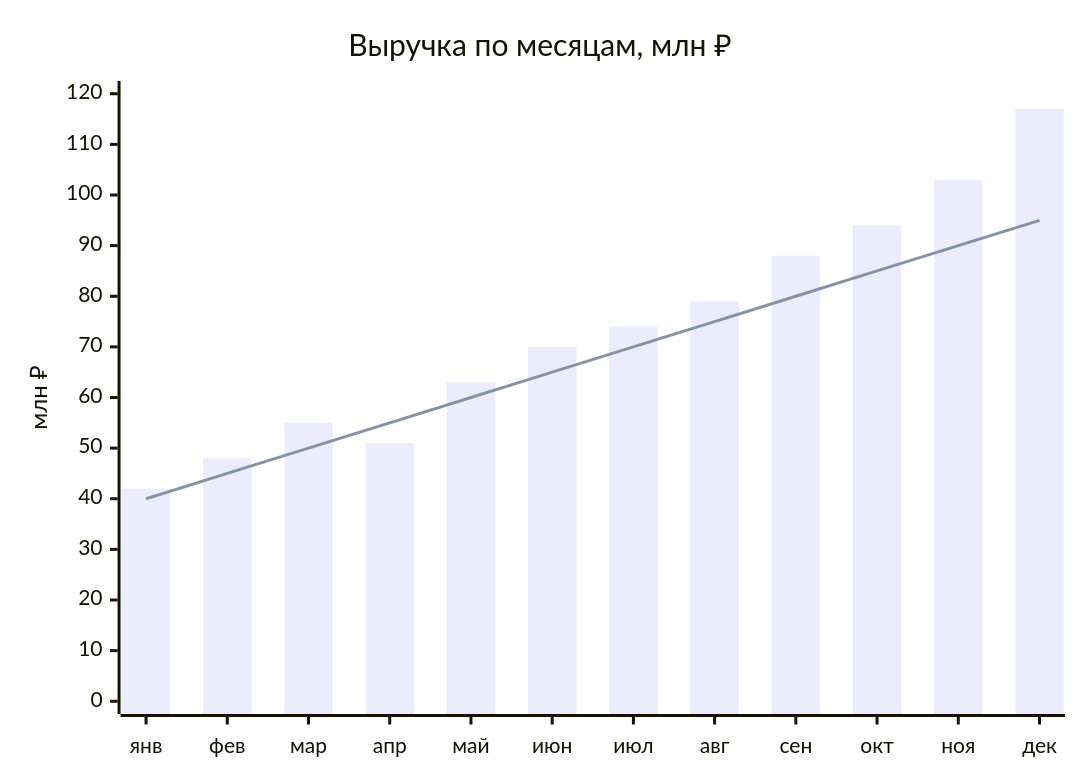
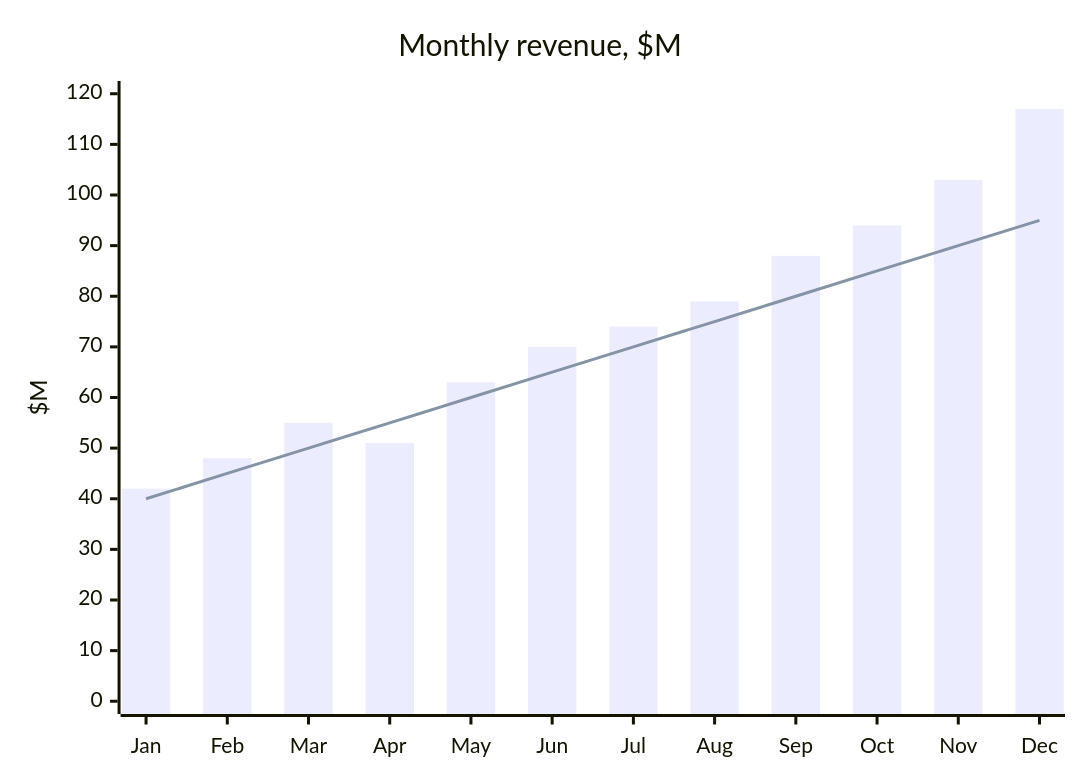
The first of 9 diagrams in examples/charts.md (Kseen715/md2pdfX), drawn with Mermaid before and after one commit. The commit also changed other lines of this file and 25 other files, not shown here.

````diff
--- a/examples/charts.md
+++ b/examples/charts.md
@@ -13,8 +13,8 @@
 ```mermaid
 xychart
-    title "Выручка по месяцам, млн ₽"
-    x-axis ["янв", "фев", "мар", "апр", "май", "июн", "июл", "авг", "сен", "окт", "ноя", "дек"]
-    y-axis "млн ₽" 0 --> 120
+    title "Monthly revenue, $M"
+    x-axis ["Jan", "Feb", "Mar", "Apr", "May", "Jun", "Jul", "Aug", "Sep", "Oct", "Nov", "Dec"]
+    y-axis "$M" 0 --> 120
     bar [42, 48, 55, 51, 63, 70, 74, 79, 88, 94, 103, 117]
     line [40, 45, 50, 55, 60, 65, 70, 75, 80, 85, 90, 95]
 ```
````
